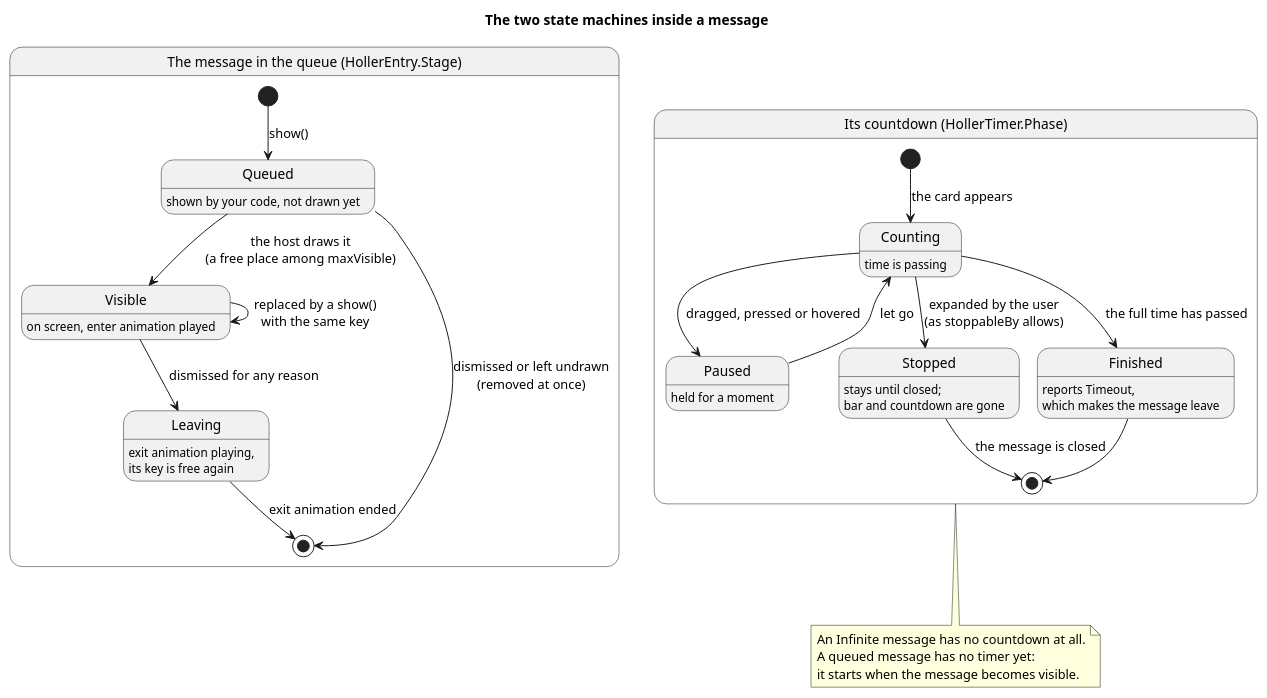
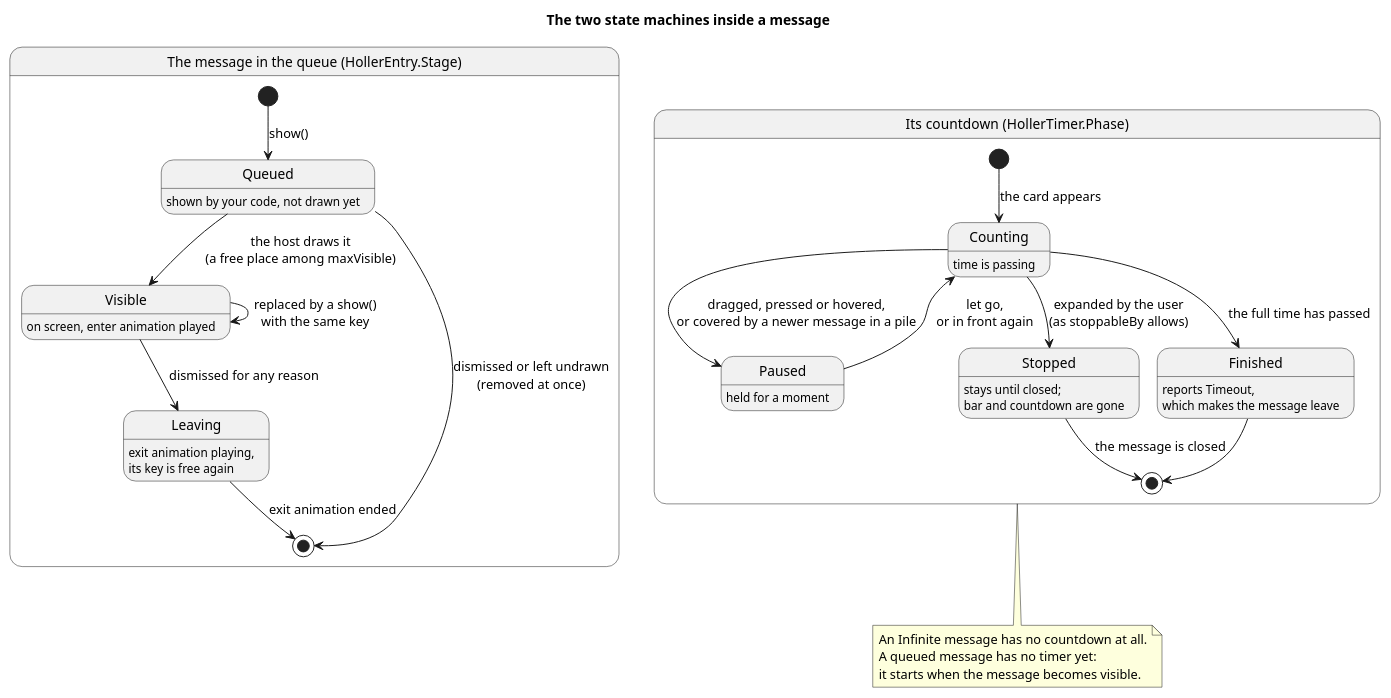
One commit to mradzinski/Holler changed the diagram in docs/holler-3-states.puml. Above: the diagram before and after it, drawn with PlantUML. The commit also changed 15 other files, not shown here.

Commit message:
Updated the architecture diagrams and removed their SVG versions

```diff
--- a/docs/holler-3-states.puml
+++ b/docs/holler-3-states.puml
@@ -1,38 +1,38 @@
 @startuml holler-3-states
 title The two state machines inside a message
 
 skinparam shadowing false
 
 state "The message in the queue (HollerEntry.Stage)" as stages {
     [*] --> Queued : show()
     Queued : shown by your code, not drawn yet
     Queued --> Visible : the host draws it\n(a free place among maxVisible)
     Visible : on screen, enter animation played
     Visible --> Visible : replaced by a show()\nwith the same key
     Visible --> Leaving : dismissed for any reason
     Leaving : exit animation playing,\nits key is free again
     Queued --> [*] : dismissed or left undrawn\n(removed at once)
     Leaving --> [*] : exit animation ended
 }
 
 state "Its countdown (HollerTimer.Phase)" as phases {
     [*] --> Counting : the card appears
     Counting : time is passing
-    Counting --> Paused : dragged, pressed or hovered
+    Counting --> Paused : dragged, pressed or hovered,\nor covered by a newer message in a pile
     Paused : held for a moment
-    Paused --> Counting : let go
+    Paused --> Counting : let go,\nor in front again
     Counting --> Stopped : expanded by the user\n(as stoppableBy allows)
     Stopped : stays until closed;\nbar and countdown are gone
     Counting --> Finished : the full time has passed
     Finished : reports Timeout,\nwhich makes the message leave
     Finished --> [*]
     Stopped --> [*] : the message is closed
 }
 
 note bottom of phases
     An Infinite message has no countdown at all.
     A queued message has no timer yet:
     it starts when the message becomes visible.
 end note
 
 @enduml
```
